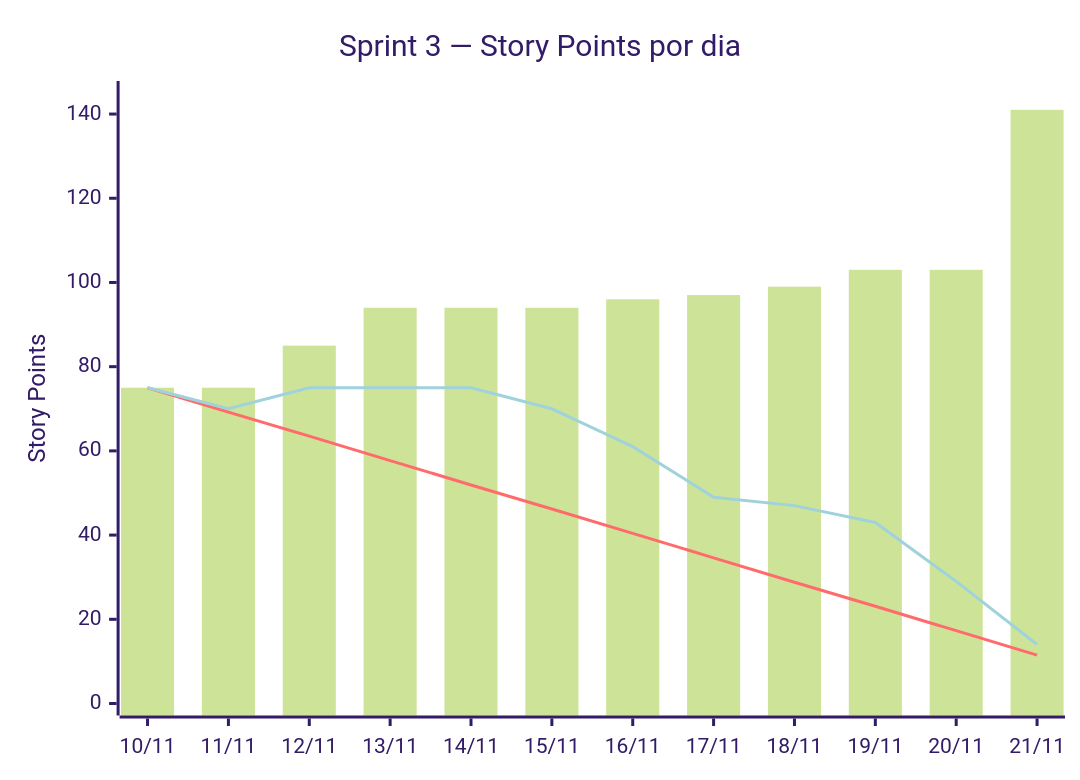
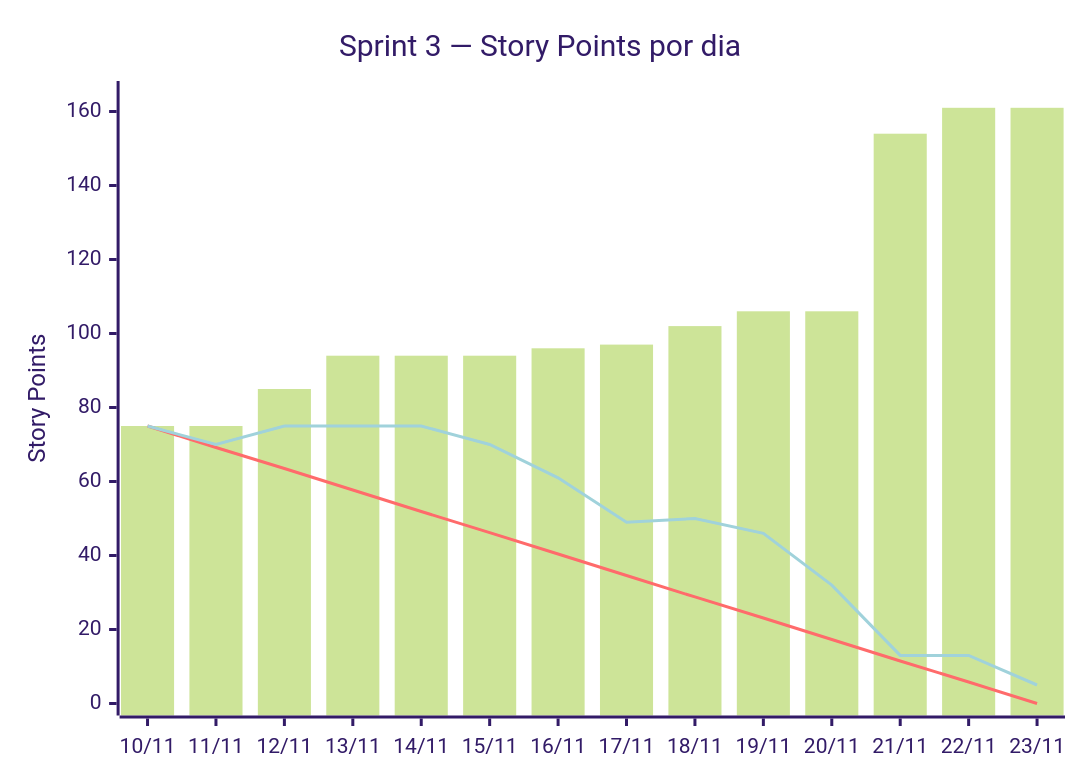
The diagram in docs/sprints/sprint-3/burndown.md (DEVassos/ecopulse-app), drawn with Mermaid (forest theme) before and after one commit. The commit also changed other lines of this file and 1 other file, not shown here.

````diff
--- a/docs/sprints/sprint-3/burndown.md
+++ b/docs/sprints/sprint-3/burndown.md
@@ -5,9 +5,9 @@
 ```mermaid
 xychart-beta
     title "Sprint 3 — Story Points por dia"
-    x-axis ["10/11", "11/11", "12/11", "13/11", "14/11", "15/11", "16/11", "17/11", "18/11", "19/11", "20/11", "21/11"]
-    y-axis "Story Points" 0 --> 145
-    bar [75, 75, 85, 94, 94, 94, 96, 97, 99, 103, 103, 141]
-    line [75, 69.2, 63.5, 57.7, 51.9, 46.2, 40.4, 34.6, 28.8, 23.1, 17.3, 11.5]
-    line [75, 70, 75, 75, 75, 70, 61, 49, 47, 43, 29, 14]
+    x-axis ["10/11", "11/11", "12/11", "13/11", "14/11", "15/11", "16/11", "17/11", "18/11", "19/11", "20/11", "21/11", "22/11", "23/11"]
+    y-axis "Story Points" 0 --> 165
+    bar [75, 75, 85, 94, 94, 94, 96, 97, 102, 106, 106, 154, 161, 161]
+    line [75, 69.2, 63.5, 57.7, 51.9, 46.2, 40.4, 34.6, 28.8, 23.1, 17.3, 11.5, 5.8, 0]
+    line [75, 70, 75, 75, 75, 70, 61, 49, 50, 46, 32, 13, 13, 5]
 ```
````
